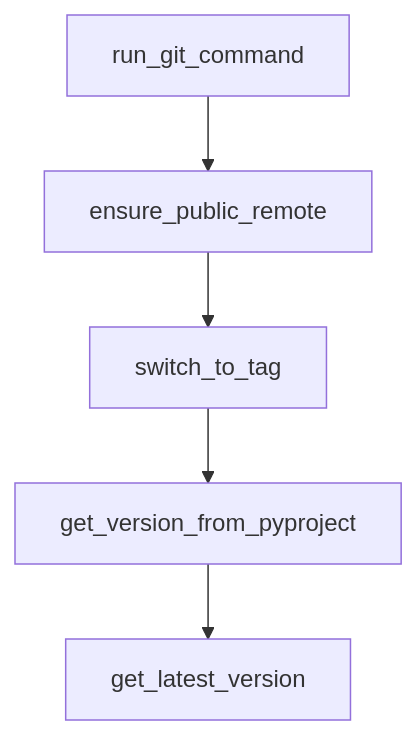
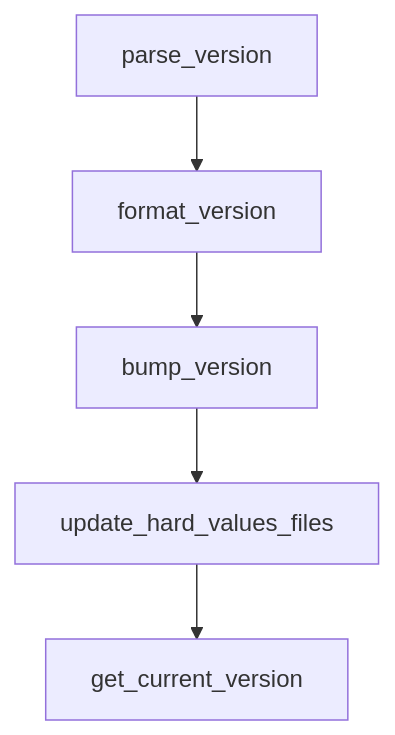
The diagram in tutorials/mistral-vibe-tutorial/01-getting-started.md (johnxie/awesome-code-docs), drawn with Mermaid before and after one commit. The commit also changed other lines of this file and 1232 other files, not shown here.

````diff
--- a/tutorials/mistral-vibe-tutorial/01-getting-started.md
+++ b/tutorials/mistral-vibe-tutorial/01-getting-started.md
@@ -216,12 +214,12 @@
 ```mermaid
 flowchart TD
-    A[run_git_command]
-    B[ensure_public_remote]
-    C[switch_to_tag]
-    D[get_version_from_pyproject]
-    E[get_latest_version]
+    A[parse_version]
+    B[format_version]
+    C[bump_version]
+    D[update_hard_values_files]
+    E[get_current_version]
     A --> B
     B --> C
     C --> D
     D --> E
 ```
````
